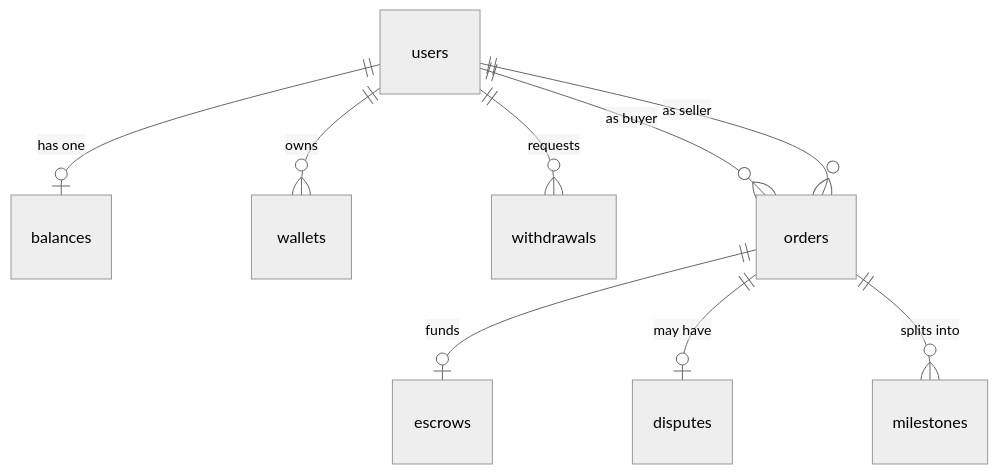
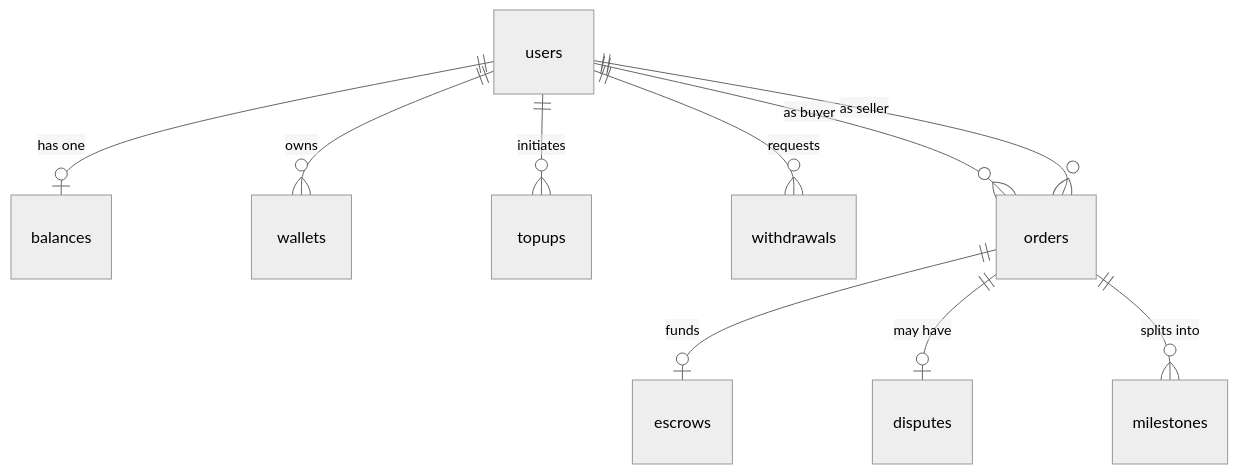
Before and after one commit to Joyful12-tech/offer-hub-monorepo: the diagram in content/docs/guide/data-model.mdx, drawn with Mermaid (neutral theme). The commit also changed other lines of this file and 25 other files, not shown here.

````diff
--- a/content/docs/guide/data-model.mdx
+++ b/content/docs/guide/data-model.mdx
@@ -22,11 +22,12 @@
 ```mermaid
 erDiagram
     users ||--o| balances : "has one"
     users ||--o{ wallets : "owns"
+    users ||--o{ topups : "initiates"
     users ||--o{ withdrawals : "requests"
     users ||--o{ orders : "as buyer"
     users ||--o{ orders : "as seller"
     orders ||--o| escrows : "funds"
     orders ||--o| disputes : "may have"
     orders ||--o{ milestones : "splits into"
 ```
````
